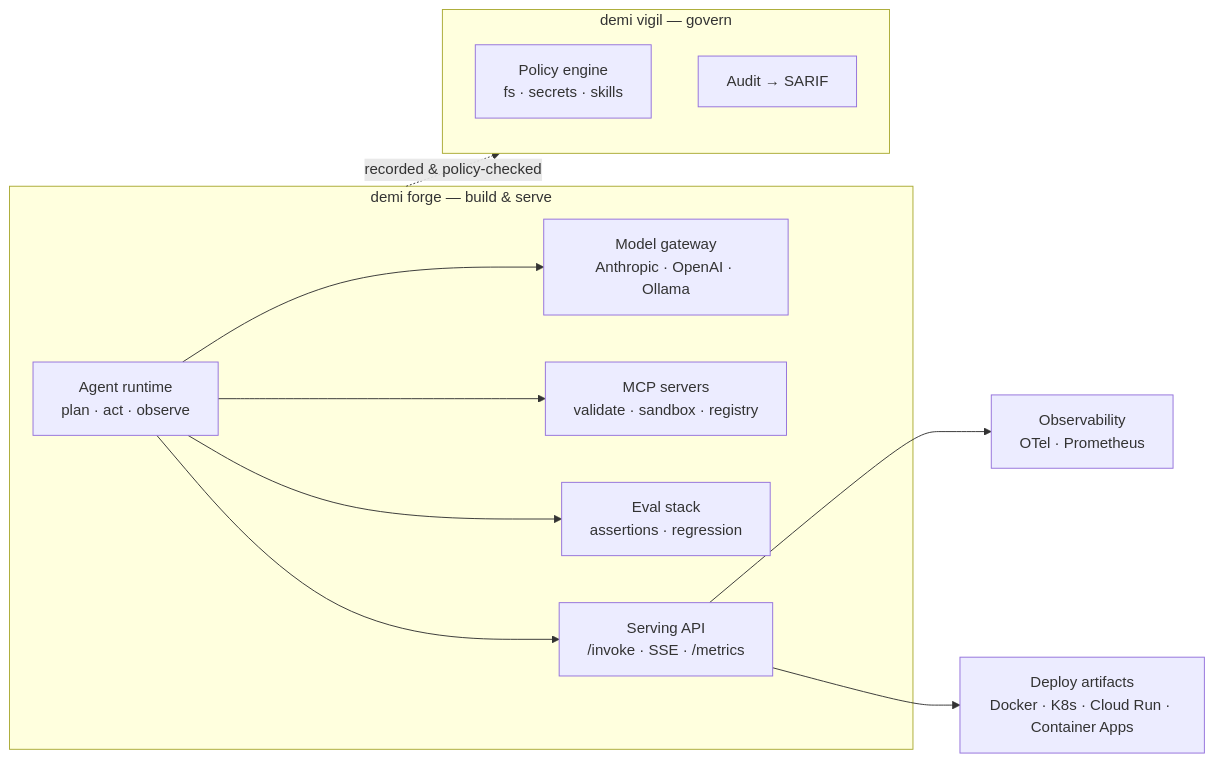
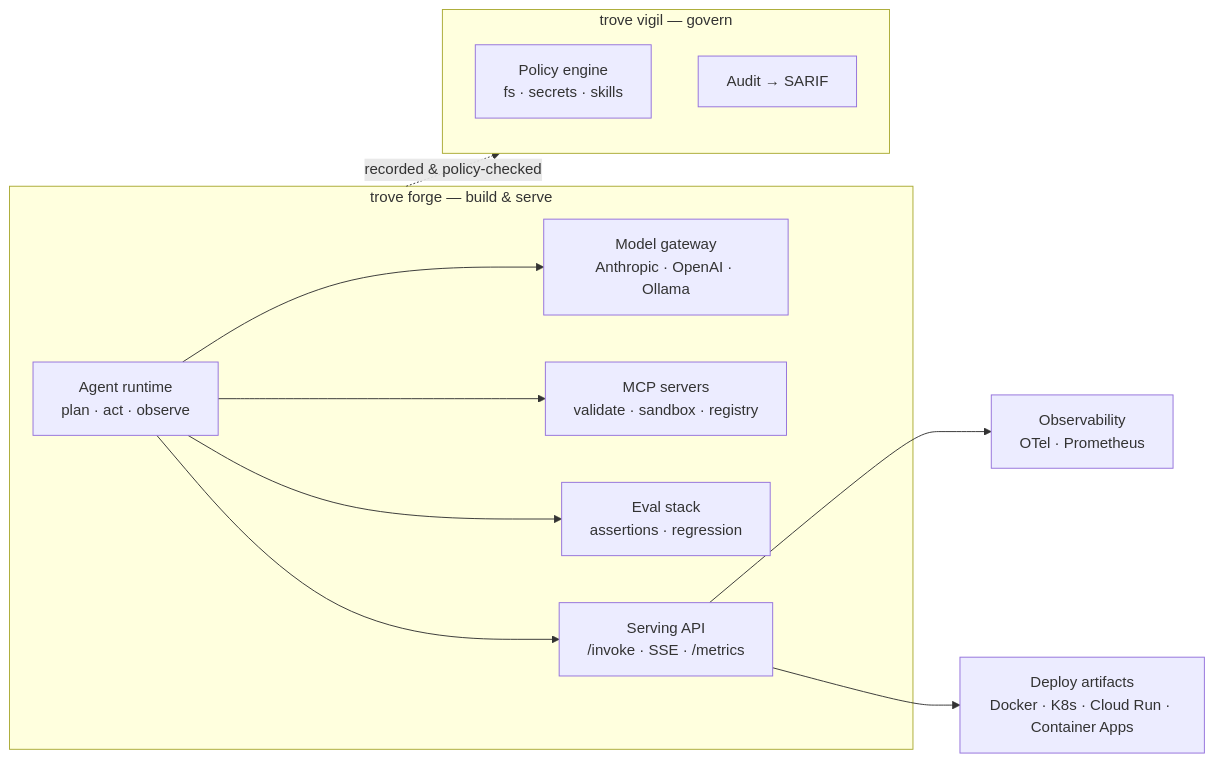
One commit to ceasarb/trovery-tools changed the diagram in README.md. Above: the diagram before and after it, drawn with Mermaid. The commit also changed other lines of this file and 170 other files, not shown here.

````diff
--- a/README.md
+++ b/README.md
@@ -50,21 +50,21 @@
 ```mermaid
 flowchart LR
-    subgraph forge["demi forge — build & serve"]
+    subgraph forge["trove forge — build & serve"]
         RT["Agent runtime<br/>plan · act · observe"]
         GW["Model gateway<br/>Anthropic · OpenAI · Ollama"]
         MCP["MCP servers<br/>validate · sandbox · registry"]
         EVAL["Eval stack<br/>assertions · regression"]
         API["Serving API<br/>/invoke · SSE · /metrics"]
         RT --> GW
         RT --> MCP
         RT --> EVAL
         RT --> API
     end
     API --> OBS["Observability<br/>OTel · Prometheus"]
     API --> DEPLOY["Deploy artifacts<br/>Docker · K8s · Cloud Run · Container Apps"]
-    subgraph vigil["demi vigil — govern"]
+    subgraph vigil["trove vigil — govern"]
         POL["Policy engine<br/>fs · secrets · skills"]
         AUD["Audit → SARIF"]
     end
     forge -.recorded & policy-checked.-> vigil
 ```
````
